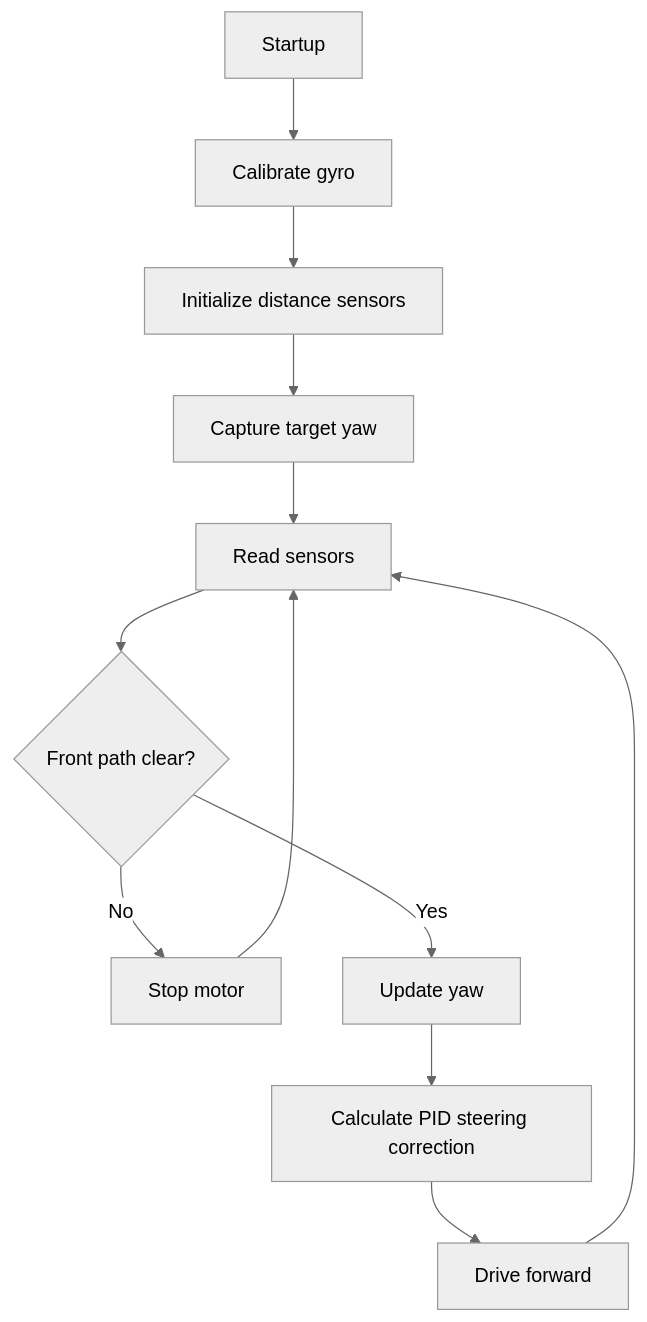
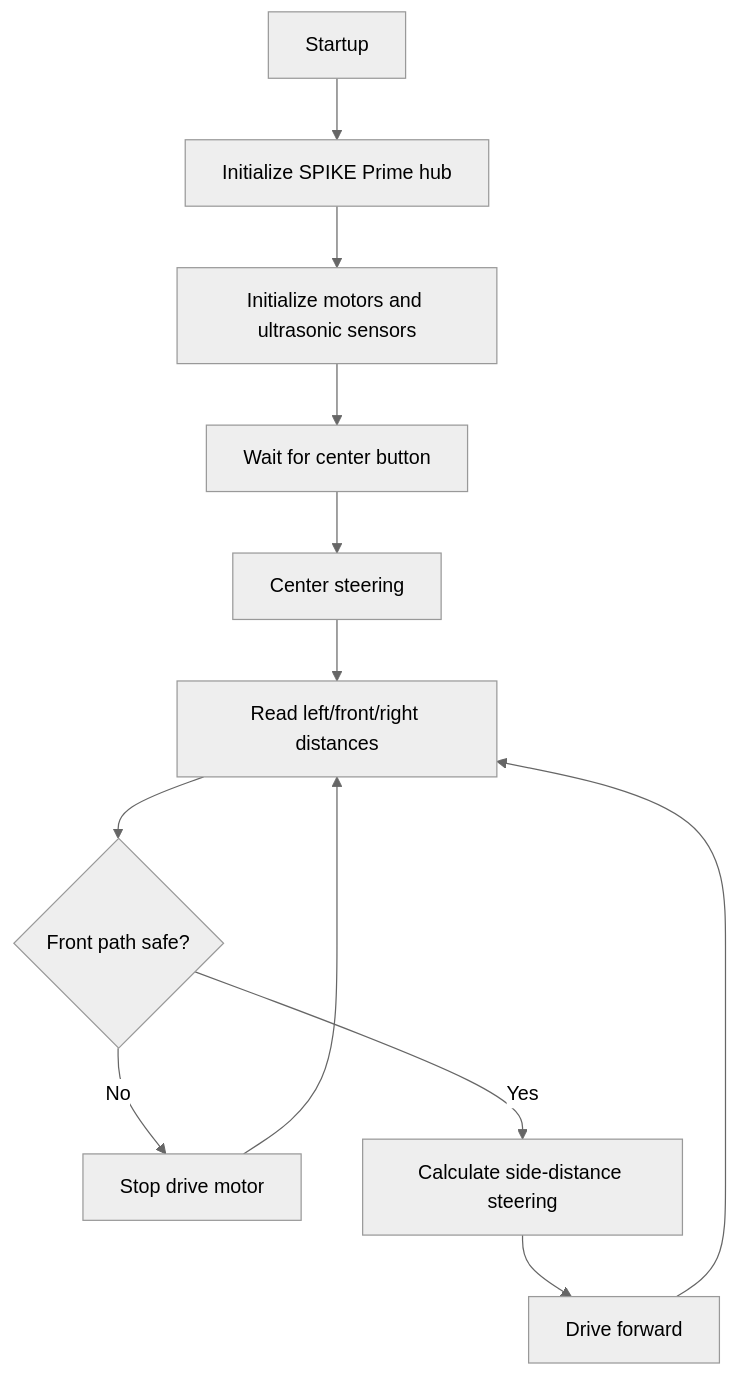
One commit to Mechanicous/WRO-Future-Engineers-2026 changed the diagram in docs/software-architecture.md. Above: the diagram before and after it, drawn with Mermaid (neutral theme). The commit also changed other lines of this file and 15 other files, not shown here.

Commit message:
Switch documentation and code to LEGO SPIKE Prime Pybricks

````diff
--- a/docs/software-architecture.md
+++ b/docs/software-architecture.md
@@ -25,14 +25,14 @@
 ```mermaid
 flowchart TD
-    A["Startup"] --> B["Calibrate gyro"]
-    B --> C["Initialize distance sensors"]
-    C --> D["Capture target yaw"]
-    D --> E["Read sensors"]
-    E --> F{"Front path clear?"}
-    F -- "No" --> G["Stop motor"]
-    F -- "Yes" --> H["Update yaw"]
-    H --> I["Calculate PID steering correction"]
+    A["Startup"] --> B["Initialize SPIKE Prime hub"]
+    B --> C["Initialize motors and ultrasonic sensors"]
+    C --> D["Wait for center button"]
+    D --> E["Center steering"]
+    E --> F["Read left/front/right distances"]
+    F --> G{"Front path safe?"}
+    G -- "No" --> H["Stop drive motor"]
+    G -- "Yes" --> I["Calculate side-distance steering"]
     I --> J["Drive forward"]
-    G --> E
-    J --> E
+    H --> F
+    J --> F
 ```
````
